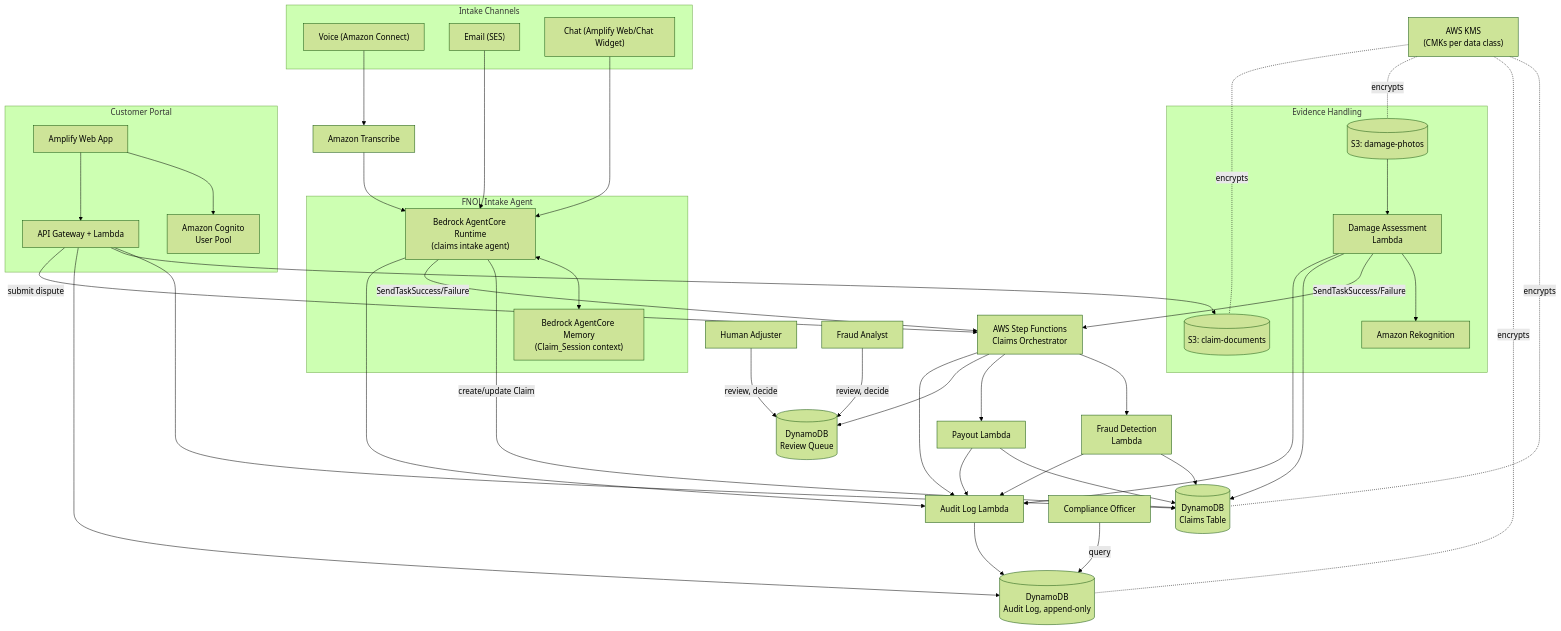
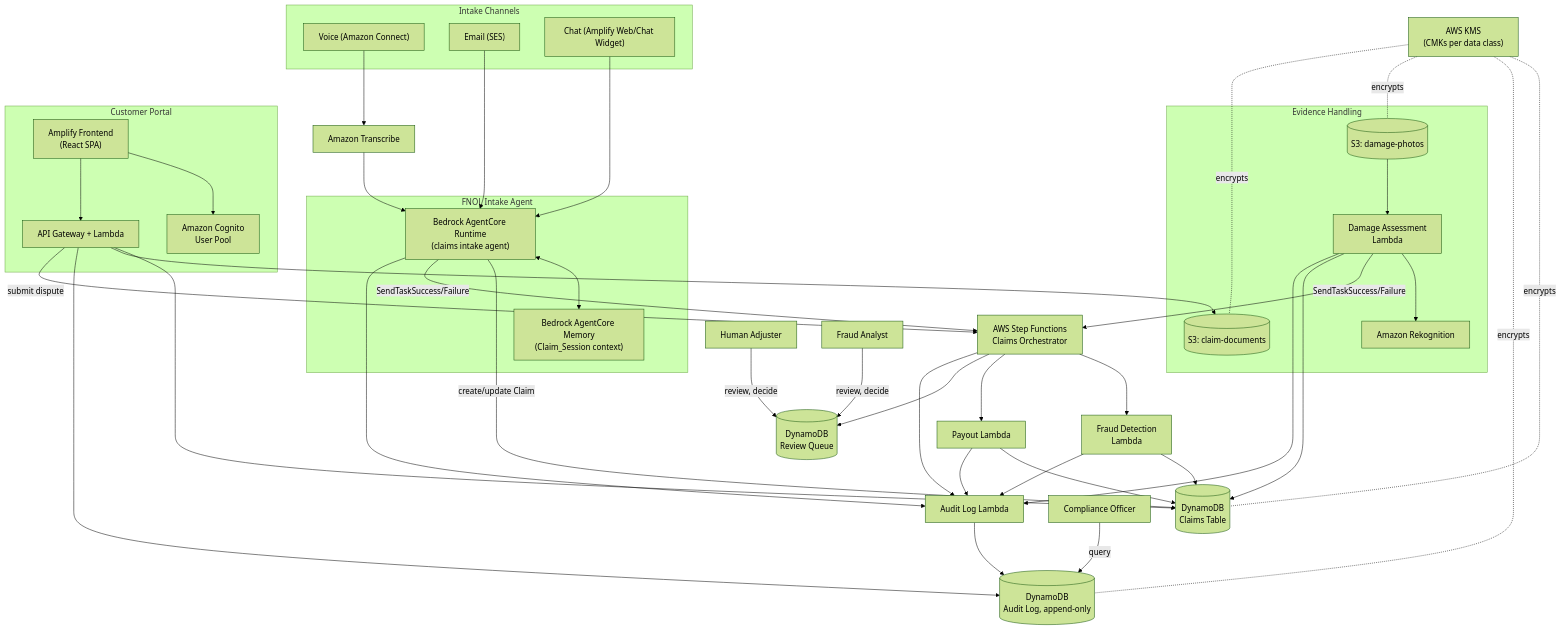
Before and after one commit to vaishakgh/industry-use-case: the first of 2 diagrams in claims-management/README.md, drawn with Mermaid (forest theme). The commit also changed other lines of this file, not shown here.

Commit message:
Document frontend task scope in README (section 18 added to tasks.md)

````diff
--- a/claims-management/README.md
+++ b/claims-management/README.md
@@ -21,77 +21,77 @@
 ```mermaid
 flowchart TB
     subgraph Channels["Intake Channels"]
         Voice["Voice (Amazon Connect)"]
         Email["Email (SES)"]
         Chat["Chat (Amplify Web/Chat Widget)"]
     end
 
     Transcribe["Amazon Transcribe"]
 
     subgraph Agent["FNOL Intake Agent"]
         AgentCoreRuntime["Bedrock AgentCore Runtime\n(claims intake agent)"]
         AgentCoreMemory["Bedrock AgentCore Memory\n(Claim_Session context)"]
     end
 
     Voice --> Transcribe --> AgentCoreRuntime
     Email --> AgentCoreRuntime
     Chat --> AgentCoreRuntime
     AgentCoreRuntime <--> AgentCoreMemory
 
     AgentCoreRuntime -->|create/update Claim| ClaimsTable[(DynamoDB\nClaims Table)]
     AgentCoreRuntime -->|SendTaskSuccess/Failure| Orchestrator
 
     subgraph Evidence["Evidence Handling"]
         S3Photos[(S3: damage-photos)]
         S3Docs[(S3: claim-documents)]
         Rekognition["Amazon Rekognition"]
         DamageLambda["Damage Assessment\nLambda"]
     end
 
     S3Photos --> DamageLambda --> Rekognition
     DamageLambda -->|SendTaskSuccess/Failure| Orchestrator
     DamageLambda --> ClaimsTable
 
     Orchestrator["AWS Step Functions\nClaims Orchestrator"]
     FraudLambda["Fraud Detection\nLambda"]
     PayoutLambda["Payout Lambda"]
     AdjusterQueue[(DynamoDB\nReview Queue)]
 
     Orchestrator --> FraudLambda --> ClaimsTable
     Orchestrator --> PayoutLambda --> ClaimsTable
     Orchestrator --> AdjusterQueue
     Orchestrator --> AuditLambda["Audit Log Lambda"]
     FraudLambda --> AuditLambda
     DamageLambda --> AuditLambda
     PayoutLambda --> AuditLambda
     AgentCoreRuntime --> AuditLambda
 
     AuditLambda --> AuditTable[(DynamoDB\nAudit Log, append-only)]
 
     subgraph Portal["Customer Portal"]
-        Amplify["Amplify Web App"]
+        AmplifyFrontend["Amplify Frontend\n(React SPA)"]
         Cognito["Amazon Cognito\nUser Pool"]
         PortalAPI["API Gateway + Lambda"]
     end
 
-    Amplify --> Cognito
-    Amplify --> PortalAPI
+    AmplifyFrontend --> Cognito
+    AmplifyFrontend --> PortalAPI
     PortalAPI --> ClaimsTable
     PortalAPI --> S3Docs
     PortalAPI --> AuditTable
     PortalAPI -->|submit dispute| Orchestrator
 
     HumanAdjuster["Human Adjuster"]
     FraudAnalyst["Fraud Analyst"]
     ComplianceOfficer["Compliance Officer"]
 
     HumanAdjuster -->|review, decide| AdjusterQueue
     FraudAnalyst -->|review, decide| AdjusterQueue
     ComplianceOfficer -->|query| AuditTable
 
     KMS["AWS KMS\n(CMKs per data class)"]
     KMS -.encrypts.- ClaimsTable
     KMS -.encrypts.- AuditTable
     KMS -.encrypts.- S3Photos
     KMS -.encrypts.- S3Docs
 ```
````
